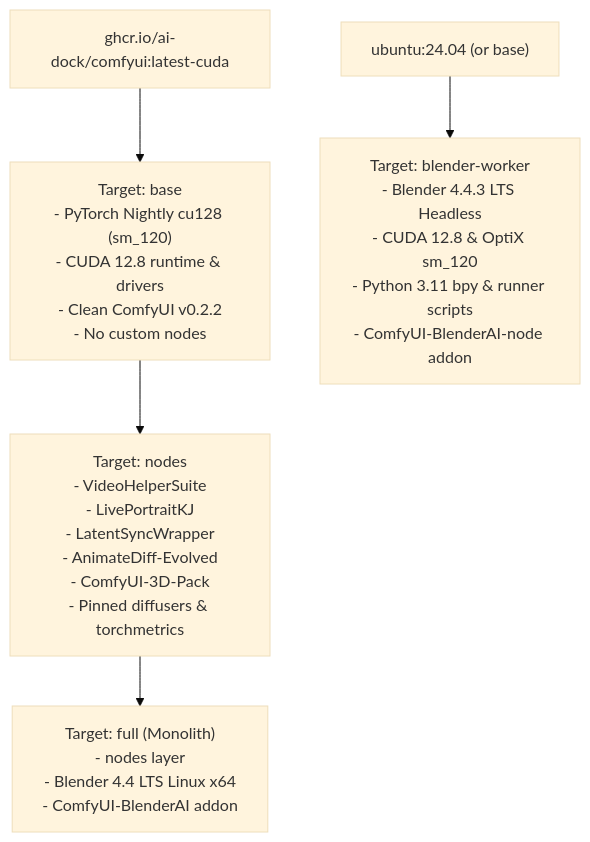
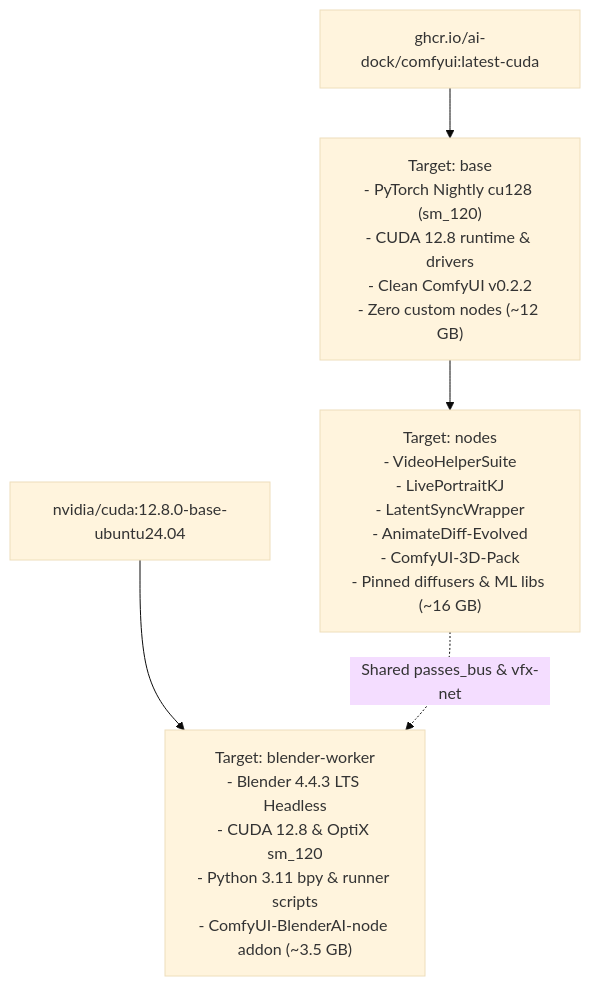
The diagram in docs/superpowers/specs/2026-10-30-multi-tier-docker-matrix-design.md (talshmuli/comfyui-blackwell-bundle), drawn with Mermaid (base theme) before and after one commit. The commit also changed other lines of this file and 7 other files, not shown here.

````diff
--- a/docs/superpowers/specs/2026-10-30-multi-tier-docker-matrix-design.md
+++ b/docs/superpowers/specs/2026-10-30-multi-tier-docker-matrix-design.md
@@ -34,8 +34,9 @@
 ```mermaid
 flowchart TD
-    Upstream["ghcr.io/ai-dock/comfyui:latest-cuda"] --> Base["Target: base<br/>- PyTorch Nightly cu128 (sm_120)<br/>- CUDA 12.8 runtime & drivers<br/>- Clean ComfyUI v0.2.2<br/>- No custom nodes"]
-    Base --> Nodes["Target: nodes<br/>- VideoHelperSuite<br/>- LivePortraitKJ<br/>- LatentSyncWrapper<br/>- AnimateDiff-Evolved<br/>- ComfyUI-3D-Pack<br/>- Pinned diffusers & torchmetrics"]
-    Nodes --> Full["Target: full (Monolith)<br/>- nodes layer<br/>- Blender 4.4 LTS Linux x64<br/>- ComfyUI-BlenderAI addon"]
+    Upstream["ghcr.io/ai-dock/comfyui:latest-cuda"] --> Base["Target: base<br/>- PyTorch Nightly cu128 (sm_120)<br/>- CUDA 12.8 runtime & drivers<br/>- Clean ComfyUI v0.2.2<br/>- Zero custom nodes (~12 GB)"]
+    Base --> Nodes["Target: nodes<br/>- VideoHelperSuite<br/>- LivePortraitKJ<br/>- LatentSyncWrapper<br/>- AnimateDiff-Evolved<br/>- ComfyUI-3D-Pack<br/>- Pinned diffusers & ML libs (~16 GB)"]
     
-    UbuntuBase["ubuntu:24.04 (or base)"] --> BlenderWorker["Target: blender-worker<br/>- Blender 4.4.3 LTS Headless<br/>- CUDA 12.8 & OptiX sm_120<br/>- Python 3.11 bpy & runner scripts<br/>- ComfyUI-BlenderAI-node addon"]
+    CUDABase["nvidia/cuda:12.8.0-base-ubuntu24.04"] --> BlenderWorker["Target: blender-worker<br/>- Blender 4.4.3 LTS Headless<br/>- CUDA 12.8 & OptiX sm_120<br/>- Python 3.11 bpy & runner scripts<br/>- ComfyUI-BlenderAI-node addon (~3.5 GB)"]
+
+    Nodes -.->|Shared passes_bus & vfx-net| BlenderWorker
 ```
````
